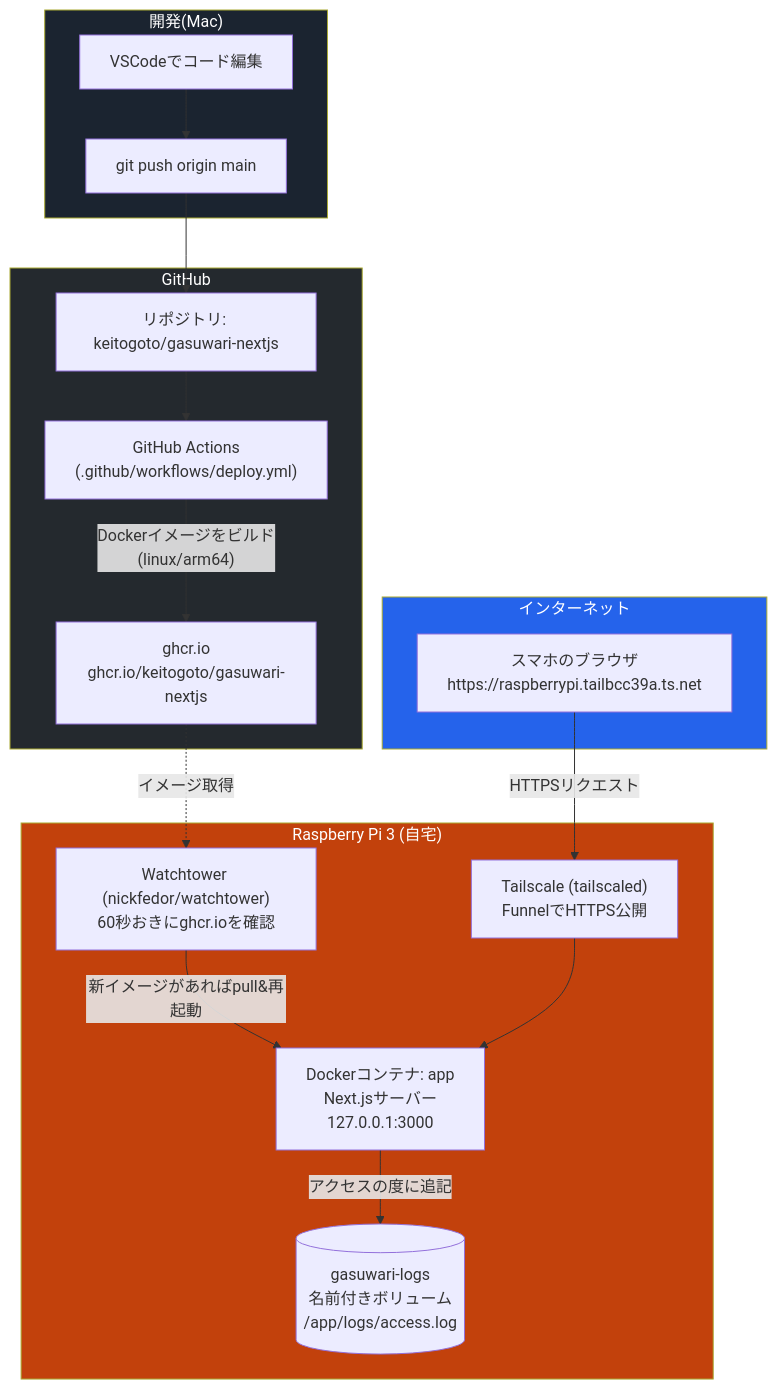
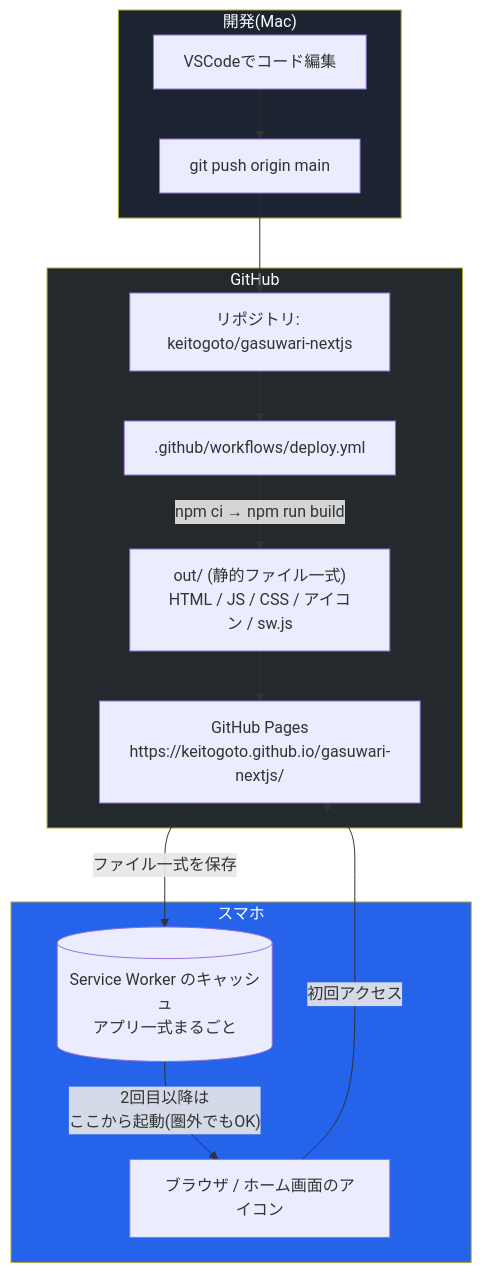
Before and after one commit to keitogoto/gasuwari-nextjs: the diagram in docs/ARCHITECTURE.md, drawn with Mermaid. The commit also changed other lines of this file and 15 other files, not shown here.

````diff
--- a/docs/ARCHITECTURE.md
+++ b/docs/ARCHITECTURE.md
@@ -22,30 +37,25 @@
 ```mermaid
 flowchart TB
     subgraph Dev["開発(Mac)"]
         A[VSCodeでコード編集] --> B["git push origin main"]
     end
 
     subgraph GitHub["GitHub"]
         B --> C[リポジトリ: keitogoto/gasuwari-nextjs]
-        C --> D["GitHub Actions\n(.github/workflows/deploy.yml)"]
-        D -->|"Dockerイメージをビルド\n(linux/arm64)"| E["ghcr.io\nghcr.io/keitogoto/gasuwari-nextjs"]
+        C --> D[".github/workflows/deploy.yml"]
+        D -->|"npm ci → npm run build"| E["out/ (静的ファイル一式)\nHTML / JS / CSS / アイコン / sw.js"]
+        E --> F["GitHub Pages\nhttps://keitogoto.github.io/gasuwari-nextjs/"]
     end
 
-    subgraph Pi["Raspberry Pi 3 (自宅)"]
-        F["Watchtower (nickfedor/watchtower)\n60秒おきにghcr.ioを確認"] -->|新イメージがあればpull&再起動| G["Dockerコンテナ: app\nNext.jsサーバー\n127.0.0.1:3000"]
-        E -.->|イメージ取得| F
-        G -->|アクセスの度に追記| L[("gasuwari-logs\n名前付きボリューム\n/app/logs/access.log")]
-        H["Tailscale (tailscaled)\nFunnelでHTTPS公開"] --> G
+    subgraph Phone["スマホ"]
+        G["ブラウザ / ホーム画面のアイコン"]
+        H[("Service Worker のキャッシュ\nアプリ一式まるごと")]
+        G -->|初回アクセス| F
+        F -->|"ファイル一式を保存"| H
+        H -->|"2回目以降は\nここから起動(圏外でもOK)"| G
     end
-
-    subgraph Internet["インターネット"]
-        I["スマホのブラウザ\nhttps://raspberrypi.tailbcc39a.ts.net"]
-    end
-
-    I -->|"HTTPSリクエスト"| H
 
     style Dev fill:#1B2430,color:#fff
     style GitHub fill:#24292e,color:#fff
-    style Pi fill:#C2410C,color:#fff
-    style Internet fill:#2563EB,color:#fff
+    style Phone fill:#2563EB,color:#fff
 ```
````
